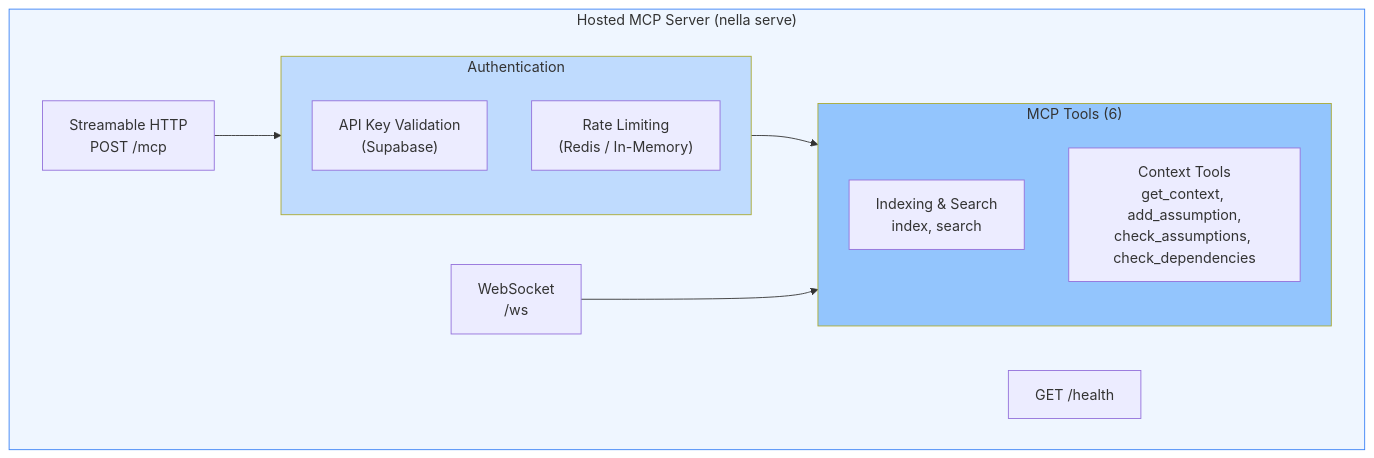
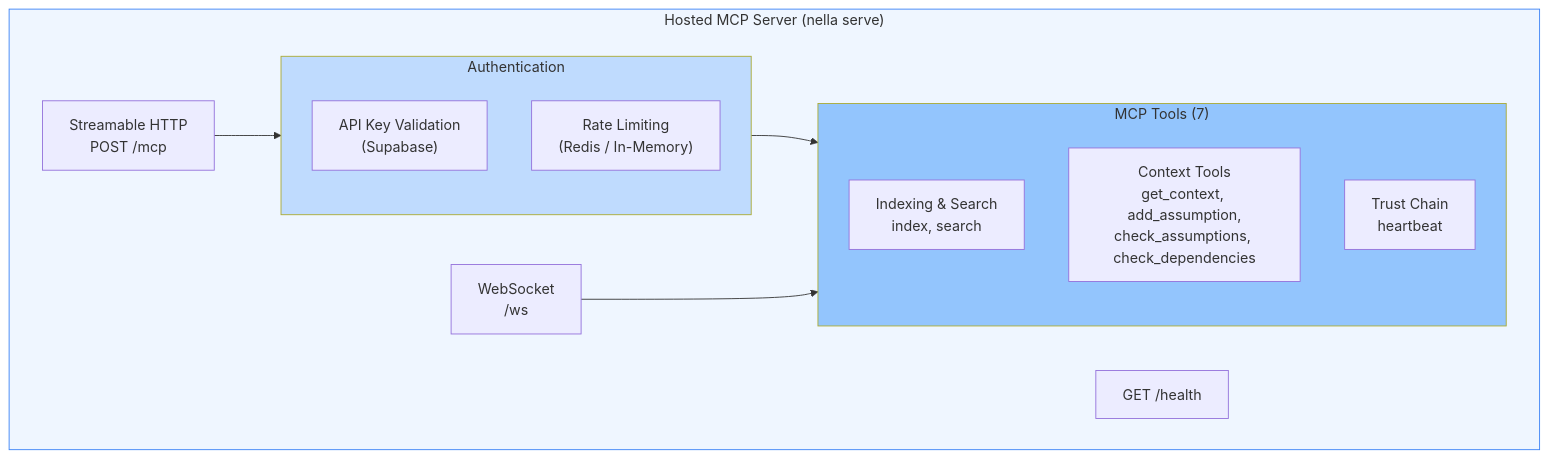
One commit to nella-labs/nella changed diagram 22 of 23 in docs/architecture.md. Above: the diagram before and after it, drawn with Mermaid. The commit also changed other lines of this file and 36 other files, not shown here.

````diff
--- a/docs/architecture.md
+++ b/docs/architecture.md
@@ -1105,26 +1105,27 @@
 ```mermaid
 graph TB
     subgraph HostedServer["Hosted MCP Server (nella serve)"]
         HTTP["Streamable HTTP<br/>POST /mcp"]
         Health["GET /health"]
         WS["WebSocket<br/>/ws"]
         
         subgraph Auth["Authentication"]
             APIKey["API Key Validation<br/>(Supabase)"]
             RateLimit["Rate Limiting<br/>(Redis / In-Memory)"]
         end
         
-        subgraph Tools["MCP Tools (6)"]
+        subgraph Tools["MCP Tools (7)"]
             IndexTools["Indexing & Search<br/>index, search"]
             ContextTools["Context Tools<br/>get_context, add_assumption,<br/>check_assumptions, check_dependencies"]
+            HeartbeatTool["Trust Chain<br/>heartbeat"]
         end
     end
     
     HTTP --> Auth
     Auth --> Tools
     WS --> Tools
     
     style HostedServer fill:#eff6ff,stroke:#3b82f6
     style Auth fill:#bfdbfe
     style Tools fill:#93c5fd
 ```
````
